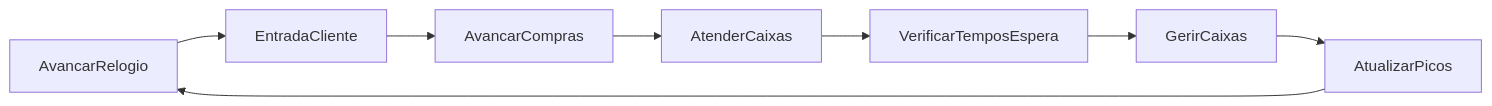
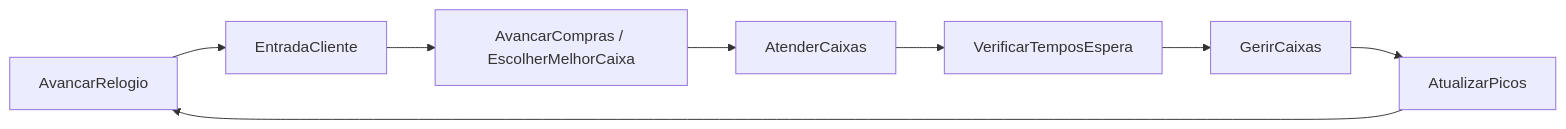
Before and after one commit to Pedri19zen/ED_v2.0: the second of 3 diagrams in docs/Estrutura.md, drawn with Mermaid. The commit also changed other lines of this file and 9 other files, not shown here.

````diff
--- a/docs/Estrutura.md
+++ b/docs/Estrutura.md
@@ -184,10 +184,10 @@
 ```mermaid
 flowchart LR
     A[AvancarRelogio] --> B[EntradaCliente]
-    B --> C[AvancarCompras]
+    B --> C[AvancarCompras / EscolherMelhorCaixa]
     C --> D[AtenderCaixas]
     D --> E[VerificarTemposEspera]
     E --> F[GerirCaixas]
     F --> G[AtualizarPicos]
     G --> A
 ```
````
